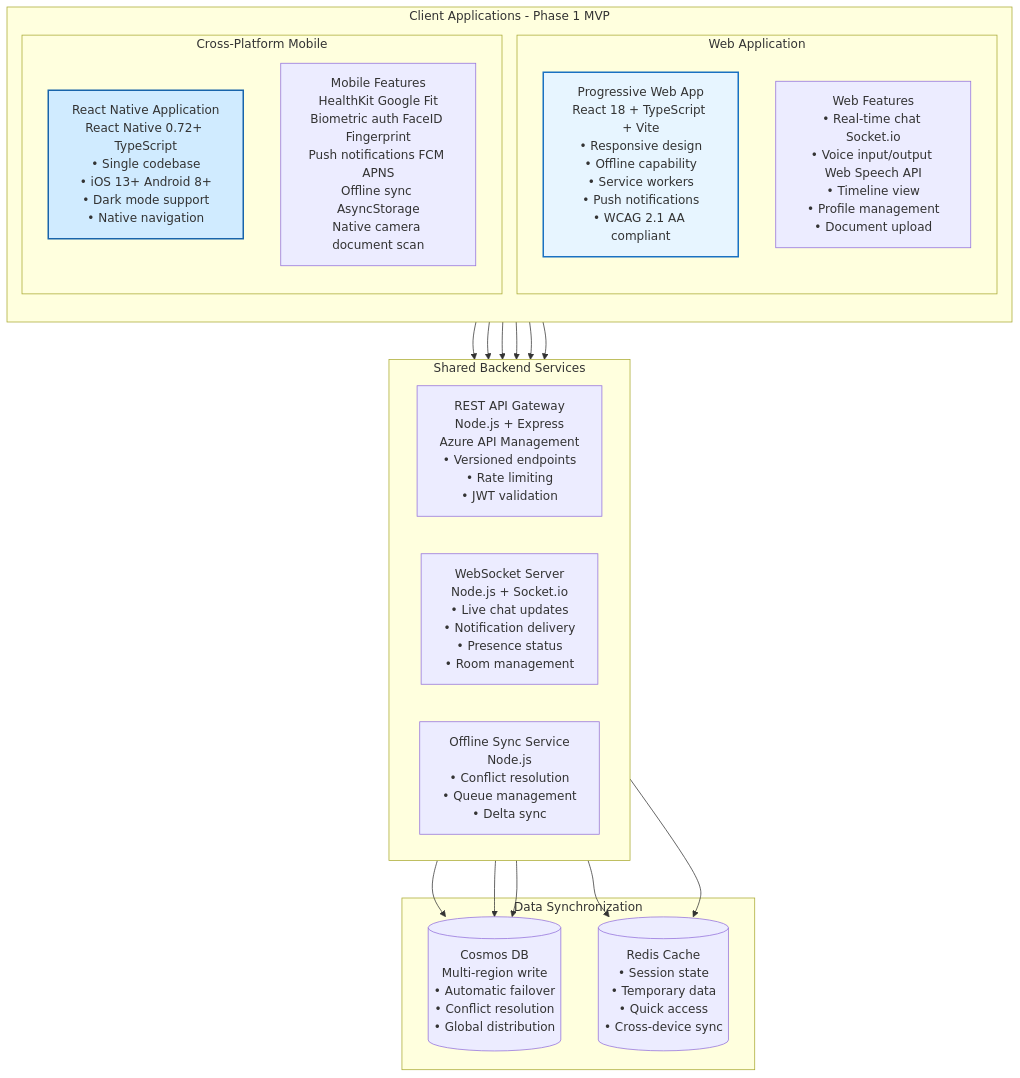
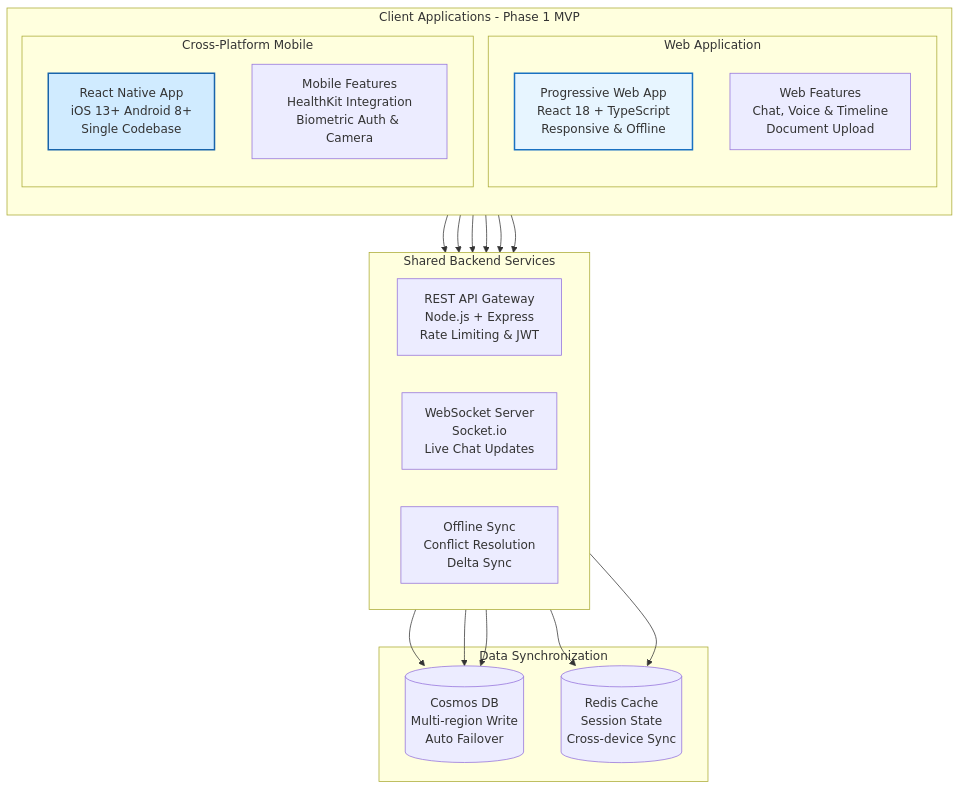
Before and after one commit to gauravpandeydigilantern/ZIA: the sixth of 16 diagrams in README.md, drawn with Mermaid. The commit also changed other lines of this file, not shown here.

````diff
--- a/README.md
+++ b/README.md
@@ -651,51 +637,51 @@
 ```mermaid
 graph TB
     subgraph Clients["Client Applications - Phase 1 MVP"]
         direction TB
         
         subgraph WebApp["Web Application"]
-            PWA[Progressive Web App<br/>React 18 + TypeScript + Vite<br/>• Responsive design<br/>• Offline capability<br/>• Service workers<br/>• Push notifications<br/>• WCAG 2.1 AA compliant]
+            PWA[Progressive Web App<br/>React 18 + TypeScript<br/>Responsive & Offline]
             
-            WEBFEATURES[Web Features<br/>• Real-time chat Socket.io<br/>• Voice input/output Web Speech API<br/>• Timeline view<br/>• Profile management<br/>• Document upload]
+            WEBFEATURES[Web Features<br/>Chat, Voice & Timeline<br/>Document Upload]
         end
         
         subgraph MobileApp["Cross-Platform Mobile"]
-            MOBILE[React Native Application<br/>React Native 0.72+ TypeScript<br/>• Single codebase<br/>• iOS 13+ Android 8+<br/>• Dark mode support<br/>• Native navigation]
+            MOBILE[React Native App<br/>iOS 13+ Android 8+<br/>Single Codebase]
             
-            MOBILEFEATURES[Mobile Features<br/>HealthKit Google Fit<br/>Biometric auth FaceID Fingerprint<br/>Push notifications FCM APNS<br/>Offline sync AsyncStorage<br/>Native camera document scan]
+            MOBILEFEATURES[Mobile Features<br/>HealthKit Integration<br/>Biometric Auth & Camera]
         end
     end
     
     subgraph SharedBackend["Shared Backend Services"]
         direction LR
         
-        RESTAPI[REST API Gateway<br/>Node.js + Express<br/>Azure API Management<br/>• Versioned endpoints<br/>• Rate limiting<br/>• JWT validation]
+        RESTAPI[REST API Gateway<br/>Node.js + Express<br/>Rate Limiting & JWT]
         
-        WEBSOCKET[WebSocket Server<br/>Node.js + Socket.io<br/>• Live chat updates<br/>• Notification delivery<br/>• Presence status<br/>• Room management]
+        WEBSOCKET[WebSocket Server<br/>Socket.io<br/>Live Chat Updates]
         
-        SYNC[Offline Sync Service<br/>Node.js<br/>• Conflict resolution<br/>• Queue management<br/>• Delta sync]
+        SYNC[Offline Sync<br/>Conflict Resolution<br/>Delta Sync]
     end
     
     subgraph DataSync["Data Synchronization"]
-        COSMOS[(Cosmos DB<br/>Multi-region write<br/>• Automatic failover<br/>• Conflict resolution<br/>• Global distribution)]
+        COSMOS[(Cosmos DB<br/>Multi-region Write<br/>Auto Failover)]
         
-        CACHE[(Redis Cache<br/>• Session state<br/>• Temporary data<br/>• Quick access<br/>• Cross-device sync)]
+        CACHE[(Redis Cache<br/>Session State<br/>Cross-device Sync)]
     end
     
     PWA --> RESTAPI
     PWA --> WEBSOCKET
     MOBILE --> RESTAPI
     MOBILE --> WEBSOCKET
     
     PWA --> SYNC
     MOBILE --> SYNC
     
     RESTAPI --> COSMOS
     WEBSOCKET --> COSMOS
     SYNC --> COSMOS
     RESTAPI --> CACHE
     WEBSOCKET --> CACHE
     
     style PWA fill:#e7f5ff,stroke:#1971c2,stroke-width:2px
     style MOBILE fill:#d0ebff,stroke:#1864ab,stroke-width:2px
 ```
````
